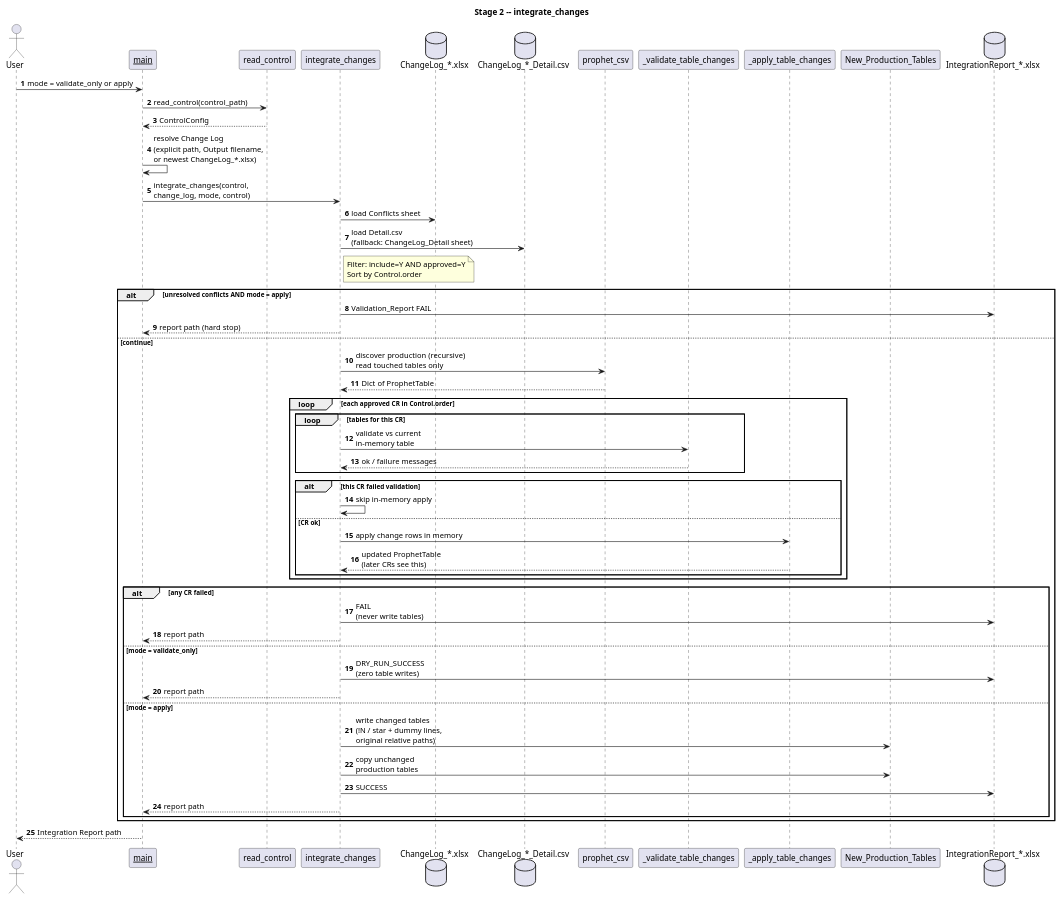
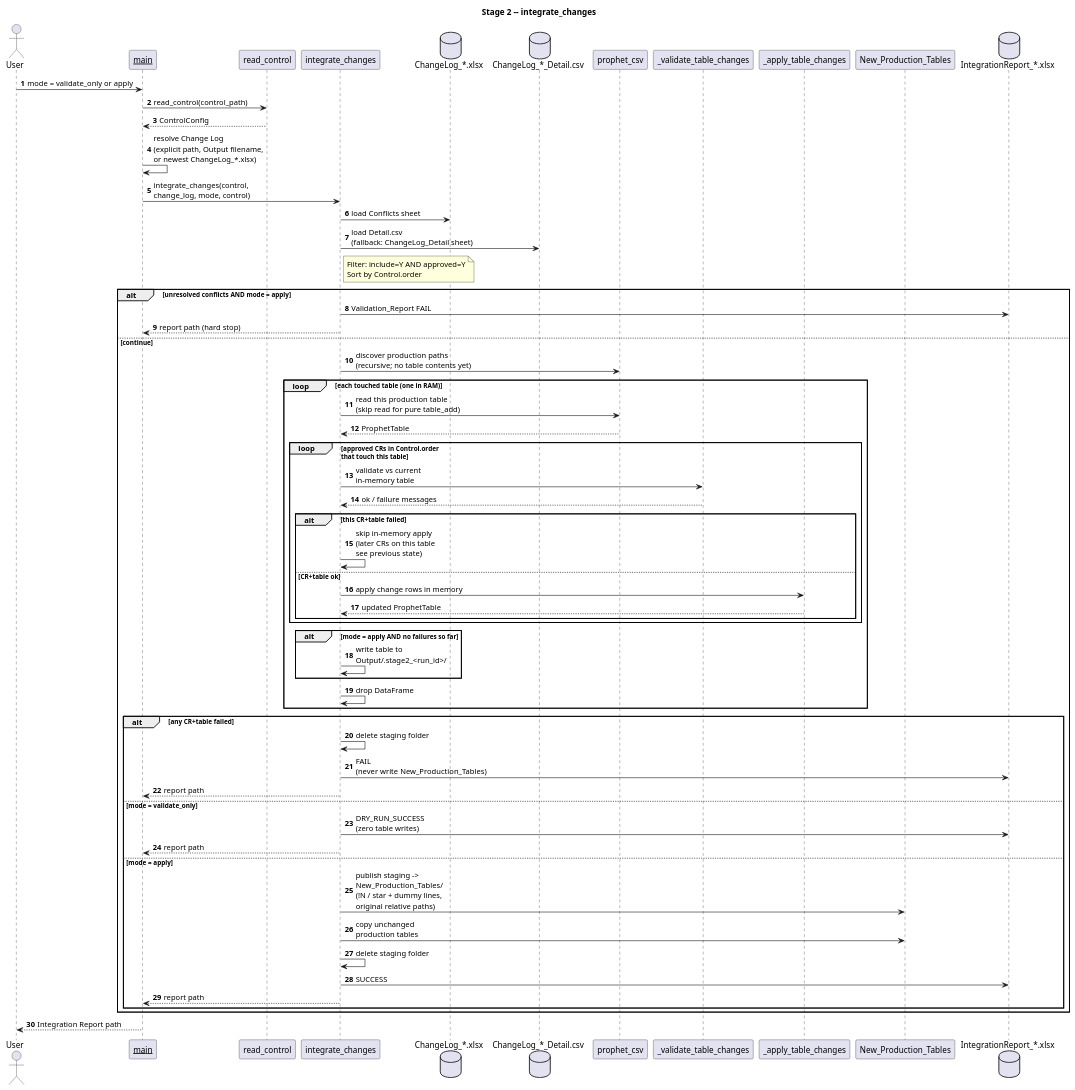
Before and after one commit to kellccheung/actuarial-table-integration-testing-tool: the diagram in docs/uml/04_sequence_stage2.puml, drawn with PlantUML. The commit also changed 5 other files, not shown here.

First line of the commit message:
Keep only one production table in RAM during Stage 2.

```diff
--- a/docs/uml/04_sequence_stage2.puml
+++ b/docs/uml/04_sequence_stage2.puml
@@ -1,67 +1,74 @@
 @startuml prophet_table_tool_stage2_sequence
 title Stage 2 -- integrate_changes
 skinparam shadowing false
 autonumber
 
 actor User
 participant "__main__" as CLI
 participant "read_control" as CTRL
 participant "integrate_changes" as INT
 database "ChangeLog_*.xlsx" as CLOG
 database "ChangeLog_*_Detail.csv" as DETAIL
 participant "prophet_csv" as CSV
 participant "_validate_table_changes" as VAL
 participant "_apply_table_changes" as APP
 participant "New_Production_Tables" as OUT
 database "IntegrationReport_*.xlsx" as RPT
 
 User -> CLI : mode = validate_only or apply
 CLI -> CTRL : read_control(control_path)
 CTRL --> CLI : ControlConfig
 CLI -> CLI : resolve Change Log\n(explicit path, Output filename,\nor newest ChangeLog_*.xlsx)
 CLI -> INT : integrate_changes(control,\nchange_log, mode, control)
 
 INT -> CLOG : load Conflicts sheet
 INT -> DETAIL : load Detail.csv\n(fallback: ChangeLog_Detail sheet)
 note right of INT
   Filter: include=Y AND approved=Y
   Sort by Control.order
 end note
 
 alt unresolved conflicts AND mode = apply
   INT -> RPT : Validation_Report FAIL
   INT --> CLI : report path (hard stop)
 else continue
-  INT -> CSV : discover production (recursive)\nread touched tables only
-  CSV --> INT : Dict of ProphetTable
+  INT -> CSV : discover production paths\n(recursive; no table contents yet)
 
-  loop each approved CR in Control.order
-    loop tables for this CR
+  loop each touched table (one in RAM)
+    INT -> CSV : read this production table\n(skip read for pure table_add)
+    CSV --> INT : ProphetTable
+    loop approved CRs in Control.order\nthat touch this table
       INT -> VAL : validate vs current\nin-memory table
       VAL --> INT : ok / failure messages
+      alt this CR+table failed
+        INT -> INT : skip in-memory apply\n(later CRs on this table\nsee previous state)
+      else CR+table ok
+        INT -> APP : apply change rows in memory
+        APP --> INT : updated ProphetTable
+      end
     end
-    alt this CR failed validation
-      INT -> INT : skip in-memory apply
-    else CR ok
-      INT -> APP : apply change rows in memory
-      APP --> INT : updated ProphetTable\n(later CRs see this)
+    alt mode = apply AND no failures so far
+      INT -> INT : write table to\nOutput/.stage2_<run_id>/
     end
+    INT -> INT : drop DataFrame
   end
 
-  alt any CR failed
-    INT -> RPT : FAIL\n(never write tables)
+  alt any CR+table failed
+    INT -> INT : delete staging folder
+    INT -> RPT : FAIL\n(never write New_Production_Tables)
     INT --> CLI : report path
   else mode = validate_only
     INT -> RPT : DRY_RUN_SUCCESS\n(zero table writes)
     INT --> CLI : report path
   else mode = apply
-    INT -> OUT : write changed tables\n(!N / star + dummy lines,\noriginal relative paths)
+    INT -> OUT : publish staging ->\nNew_Production_Tables/\n(!N / star + dummy lines,\noriginal relative paths)
     INT -> OUT : copy unchanged\nproduction tables
+    INT -> INT : delete staging folder
     INT -> RPT : SUCCESS
     INT --> CLI : report path
   end
 end
 
 CLI --> User : Integration Report path
 
 @enduml
```
